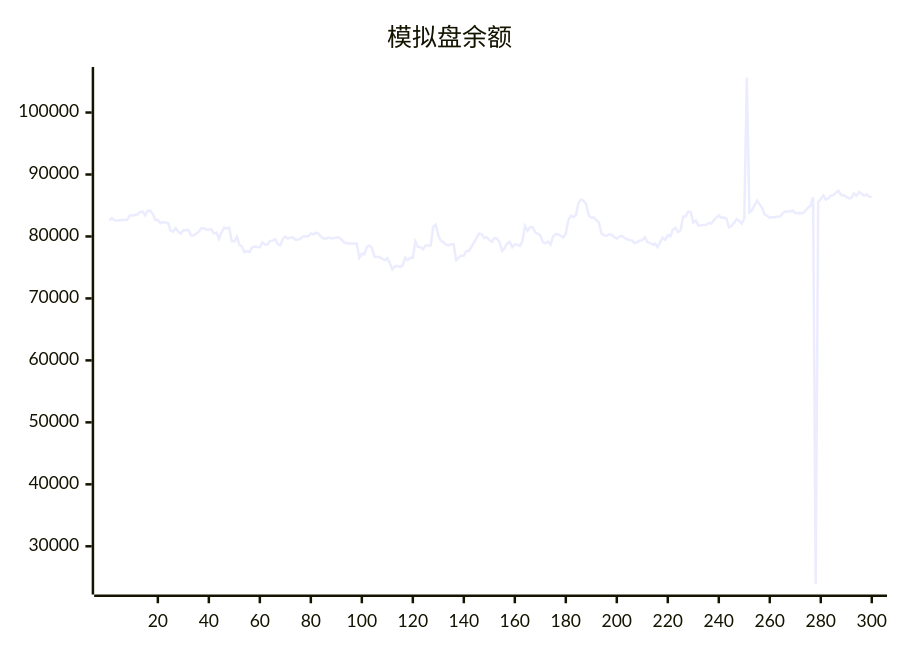
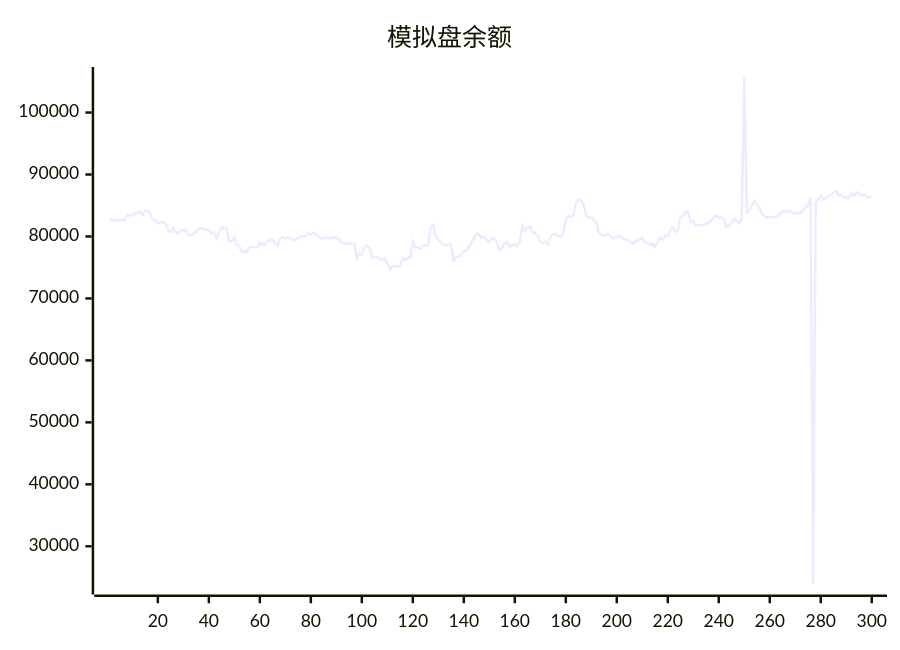
Before and after one commit to aahl/ai-trading: the diagram in README.md, drawn with Mermaid. The commit also changed other lines of this file and 1 other file, not shown here.

````diff
--- a/README.md
+++ b/README.md
@@ -5,5 +5,5 @@
 ```mermaid
 xychart
     title "模拟盘余额"
-    line [82625,82950,82626,82571,82633,82670,82670,82681,83386,83378,83464,83579,83920,84037,83402,84160,84142,83652,82655,82655,82145,82315,82243,82163,80934,80770,81371,80742,80468,80989,80989,81067,80191,80155,80450,80737,81309,81309,81106,81119,81119,80471,80631,79624,80670,81448,81290,81429,79212,79222,79940,78643,78380,77432,77623,77504,78235,78358,78284,78277,79048,78714,78714,79290,79308,79567,78763,78563,79603,79988,79652,79813,79813,79476,79469,79673,79995,80015,80015,80486,80314,80600,80436,79966,79689,79689,79819,79692,79692,79850,79850,79518,79071,78889,78850,78850,78878,78878,76554,77202,77103,78357,78510,78106,76678,76677,76672,76411,76159,76485,75656,74695,75197,75246,75052,75334,76564,76179,76553,76551,79196,78300,78300,77944,78531,78531,78521,81564,81884,80160,79335,79055,78675,78580,78708,78764,76179,76586,76902,76876,77658,77669,78346,79023,79769,80497,80366,79761,79896,79448,79126,79749,79658,79097,77695,78114,78888,79126,78249,78738,78653,78478,79271,81680,80923,81488,81527,80681,80455,80190,79084,78879,79193,78686,79954,80403,80374,80118,79848,80491,82665,83351,83098,83525,85430,85983,85737,85221,83378,83014,83043,82613,82216,80477,80208,80081,80348,80277,79894,79670,79965,80093,79786,79542,79406,79371,78893,79087,79304,79406,79841,79072,78978,78696,78846,78272,79085,79787,79442,80198,80031,81120,81379,80718,80985,83214,83212,83993,83921,82270,82547,81776,81776,81866,81866,82158,82061,82596,83000,83408,83041,83050,82858,81503,81691,82188,82812,82517,82092,82901,105633,83898,84180,85030,85781,85178,84604,83569,83298,83008,83093,83107,83175,83228,83729,84025,84017,84019,84177,83775,83762,83785,83738,84160,84639,84939,86370,23934,85548,86046,86599,85942,86161,86622,86664,87115,87369,86666,86685,86384,86152,86243,86969,86548,87164,86885,86566,86809,86427,86348]
+    line [82950,82626,82571,82633,82670,82670,82681,83386,83378,83464,83579,83920,84037,83402,84160,84142,83652,82655,82655,82145,82315,82243,82163,80934,80770,81371,80742,80468,80989,80989,81067,80191,80155,80450,80737,81309,81309,81106,81119,81119,80471,80631,79624,80670,81448,81290,81429,79212,79222,79940,78643,78380,77432,77623,77504,78235,78358,78284,78277,79048,78714,78714,79290,79308,79567,78763,78563,79603,79988,79652,79813,79813,79476,79469,79673,79995,80015,80015,80486,80314,80600,80436,79966,79689,79689,79819,79692,79692,79850,79850,79518,79071,78889,78850,78850,78878,78878,76554,77202,77103,78357,78510,78106,76678,76677,76672,76411,76159,76485,75656,74695,75197,75246,75052,75334,76564,76179,76553,76551,79196,78300,78300,77944,78531,78531,78521,81564,81884,80160,79335,79055,78675,78580,78708,78764,76179,76586,76902,76876,77658,77669,78346,79023,79769,80497,80366,79761,79896,79448,79126,79749,79658,79097,77695,78114,78888,79126,78249,78738,78653,78478,79271,81680,80923,81488,81527,80681,80455,80190,79084,78879,79193,78686,79954,80403,80374,80118,79848,80491,82665,83351,83098,83525,85430,85983,85737,85221,83378,83014,83043,82613,82216,80477,80208,80081,80348,80277,79894,79670,79965,80093,79786,79542,79406,79371,78893,79087,79304,79406,79841,79072,78978,78696,78846,78272,79085,79787,79442,80198,80031,81120,81379,80718,80985,83214,83212,83993,83921,82270,82547,81776,81776,81866,81866,82158,82061,82596,83000,83408,83041,83050,82858,81503,81691,82188,82812,82517,82092,82901,105633,83898,84180,85030,85781,85178,84604,83569,83298,83008,83093,83107,83175,83228,83729,84025,84017,84019,84177,83775,83762,83785,83738,84160,84639,84939,86370,23934,85548,86046,86599,85942,86161,86622,86664,87115,87369,86666,86685,86384,86152,86243,86969,86548,87164,86885,86566,86809,86427,86348,86417]
 ```
````
